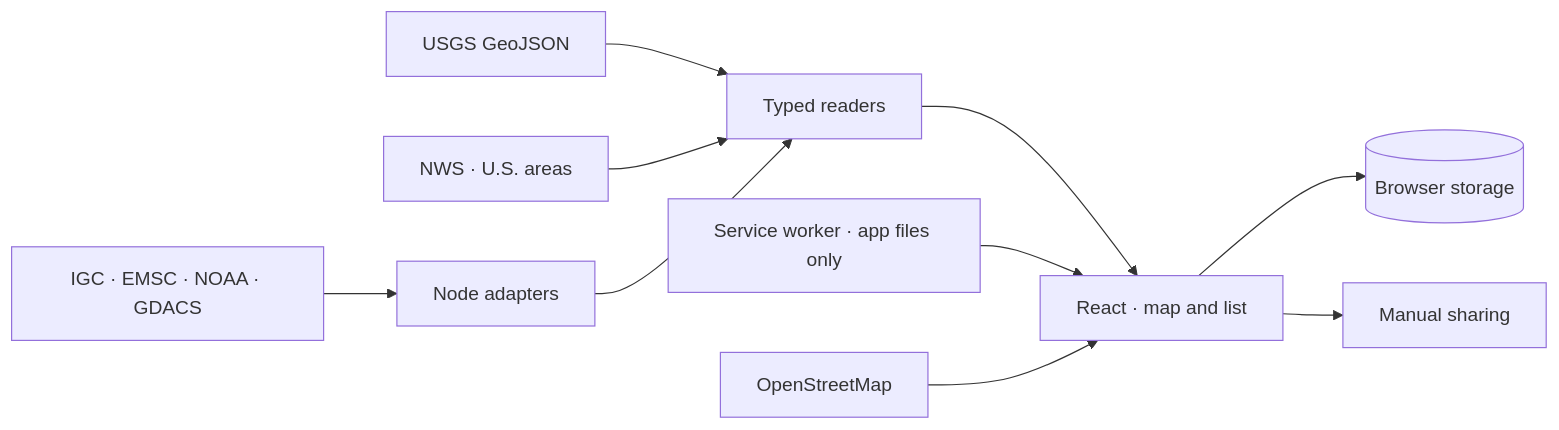
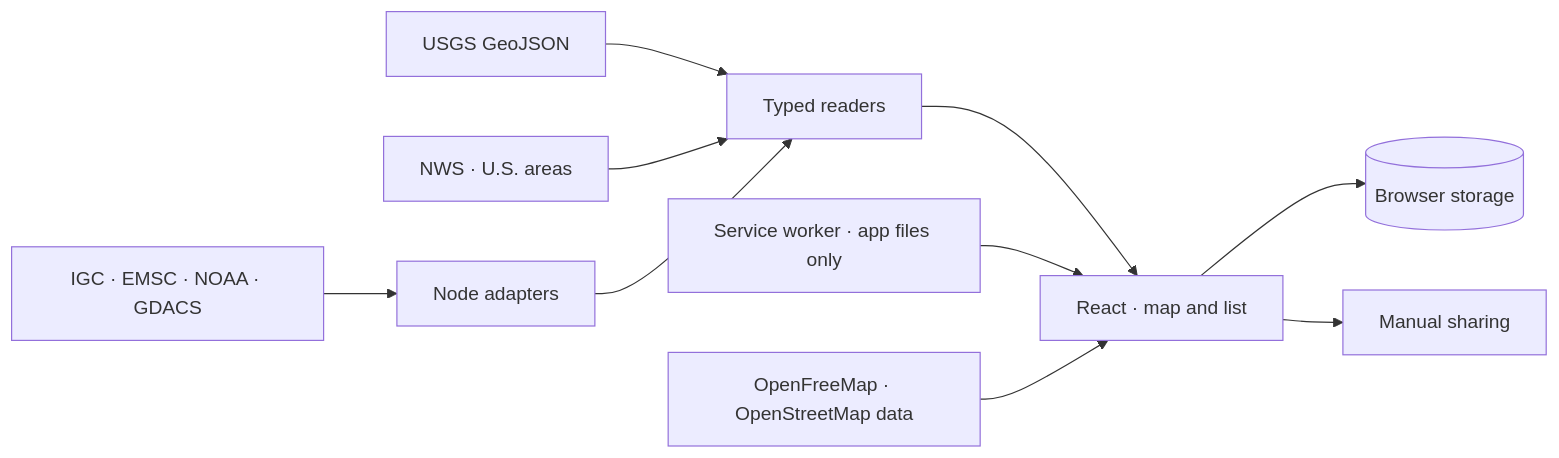
Before and after one commit to garagon/faro: the diagram in README.md, drawn with Mermaid. The commit also changed 22 other files, not shown here.

First line of the commit message:
Map: OpenFreeMap base map and tectonic plate boundaries

````diff
--- a/README.md
+++ b/README.md
@@ -62,12 +62,12 @@
 ```mermaid
 flowchart LR
   USGS[USGS GeoJSON] --> Reader[Typed readers]
   NWS[NWS · U.S. areas] --> Reader
   IGC[IGC · EMSC · NOAA · GDACS] --> API[Node adapters]
   API --> Reader
   Reader --> UI[React · map and list]
   UI --> Local[(Browser storage)]
   SW[Service worker · app files only] --> UI
-  OSM[OpenStreetMap] --> UI
+  OSM[OpenFreeMap · OpenStreetMap data] --> UI
   UI --> Manual[Manual sharing]
 ```
````
